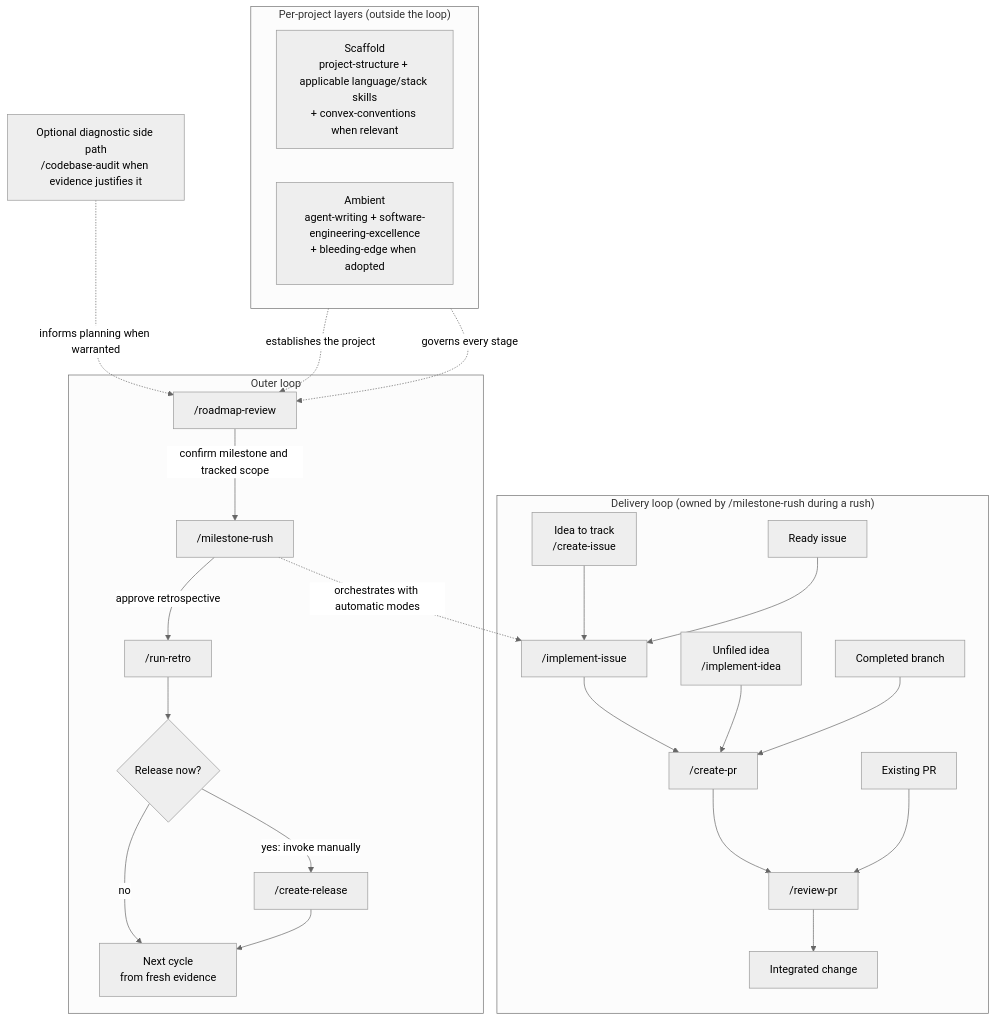
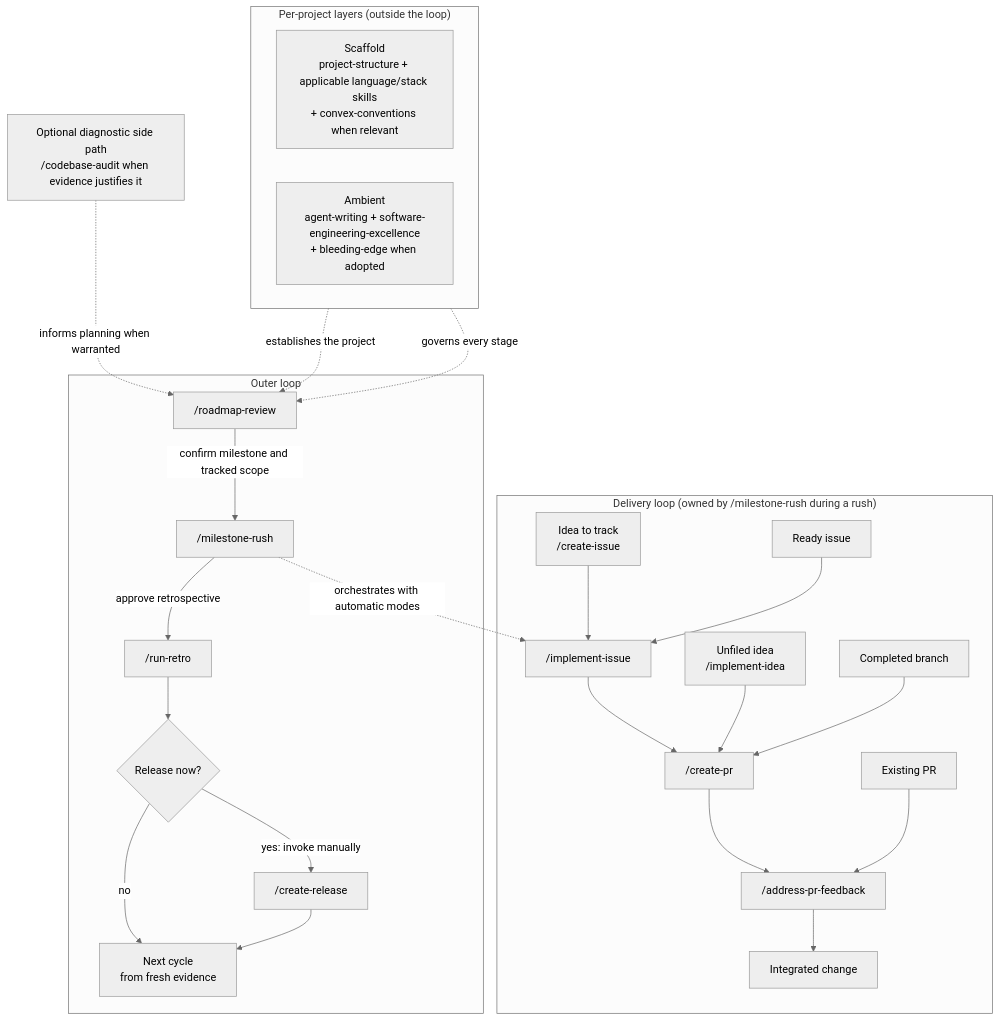
One commit to frostney/known-good-route changed the diagram in README.md. Above: the diagram before and after it, drawn with Mermaid (neutral theme). The commit also changed other lines of this file and 16 other files, not shown here.

````diff
--- a/README.md
+++ b/README.md
@@ -26,52 +26,52 @@
 ```mermaid
 flowchart TB
     subgraph Layers["Per-project layers (outside the loop)"]
         direction LR
         Scaffold["Scaffold<br/>project-structure + applicable language/stack skills<br/>+ convex-conventions when relevant"]
         Ambient["Ambient<br/>agent-writing + software-engineering-excellence<br/>+ bleeding-edge when adopted"]
     end
 
     subgraph Outer["Outer loop"]
         Roadmap["/roadmap-review"]
         Rush["/milestone-rush"]
         Retro["/run-retro"]
         ReleaseDecision{"Release now?"}
         Release["/create-release"]
         Next["Next cycle<br/>from fresh evidence"]
 
         Roadmap -->|"confirm milestone and tracked scope"| Rush
         Rush -->|"approve retrospective"| Retro
         Retro --> ReleaseDecision
         ReleaseDecision -->|"yes: invoke manually"| Release
         ReleaseDecision -->|"no"| Next
         Release --> Next
     end
 
     subgraph Delivery["Delivery loop (owned by /milestone-rush during a rush)"]
         Track["Idea to track<br/>/create-issue"]
         Ready["Ready issue"]
         Issue["/implement-issue"]
         Idea["Unfiled idea<br/>/implement-idea"]
         Branch["Completed branch"]
         CreatePR["/create-pr"]
         ExistingPR["Existing PR"]
-        ReviewPR["/review-pr"]
+        AddressPRFeedback["/address-pr-feedback"]
         Integrated["Integrated change"]
 
         Track --> Issue
         Ready --> Issue
         Issue --> CreatePR
         Idea --> CreatePR
         Branch --> CreatePR
-        CreatePR --> ReviewPR
-        ExistingPR --> ReviewPR
-        ReviewPR --> Integrated
+        CreatePR --> AddressPRFeedback
+        ExistingPR --> AddressPRFeedback
+        AddressPRFeedback --> Integrated
     end
 
     Audit["Optional diagnostic side path<br/>/codebase-audit when evidence justifies it"]
 
     Scaffold -. "establishes the project" .-> Roadmap
     Ambient -. "governs every stage" .-> Roadmap
     Rush -. "orchestrates with automatic modes" .-> Issue
     Audit -. "informs planning when warranted" .-> Roadmap
 ```
````
